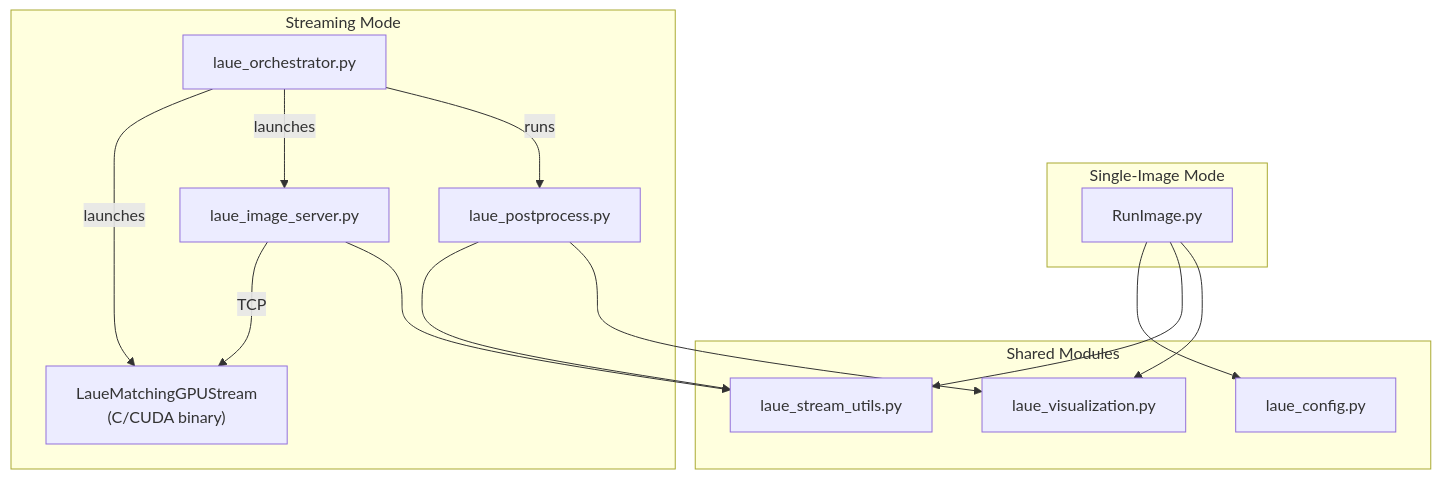
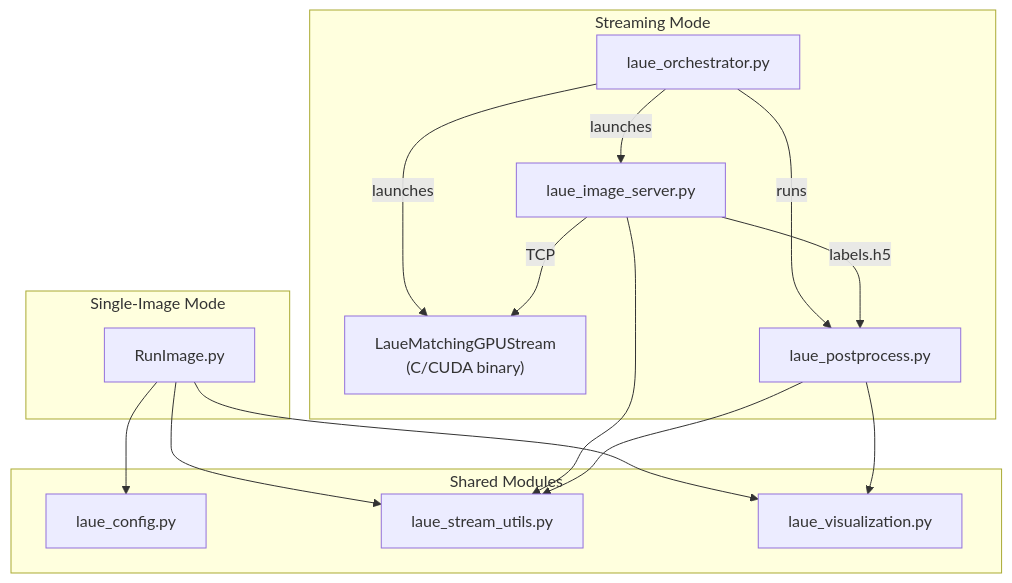
The diagram in scripts/README.md (AdvancedPhotonSource/LaueMatching), drawn with Mermaid before and after one commit. The commit also changed other lines of this file and 4 other files, not shown here.

````diff
--- a/scripts/README.md
+++ b/scripts/README.md
@@ -28,30 +28,31 @@
 ```mermaid
 graph TD
     subgraph "Single-Image Mode"
         RunImage["RunImage.py"]
     end
 
     subgraph "Streaming Mode"
         Orch["laue_orchestrator.py"]
         Server["laue_image_server.py"]
         Daemon["LaueMatchingGPUStream<br/>(C/CUDA binary)"]
         Post["laue_postprocess.py"]
         Orch -->|launches| Daemon
         Orch -->|launches| Server
         Orch -->|runs| Post
         Server -->|TCP| Daemon
+        Server -->|labels.h5| Post
     end
 
     subgraph "Shared Modules"
         Config["laue_config.py"]
         Utils["laue_stream_utils.py"]
         Viz["laue_visualization.py"]
     end
 
     RunImage --> Config
     RunImage --> Utils
     RunImage --> Viz
     Server --> Utils
     Post --> Utils
     Post --> Viz
 ```
````
